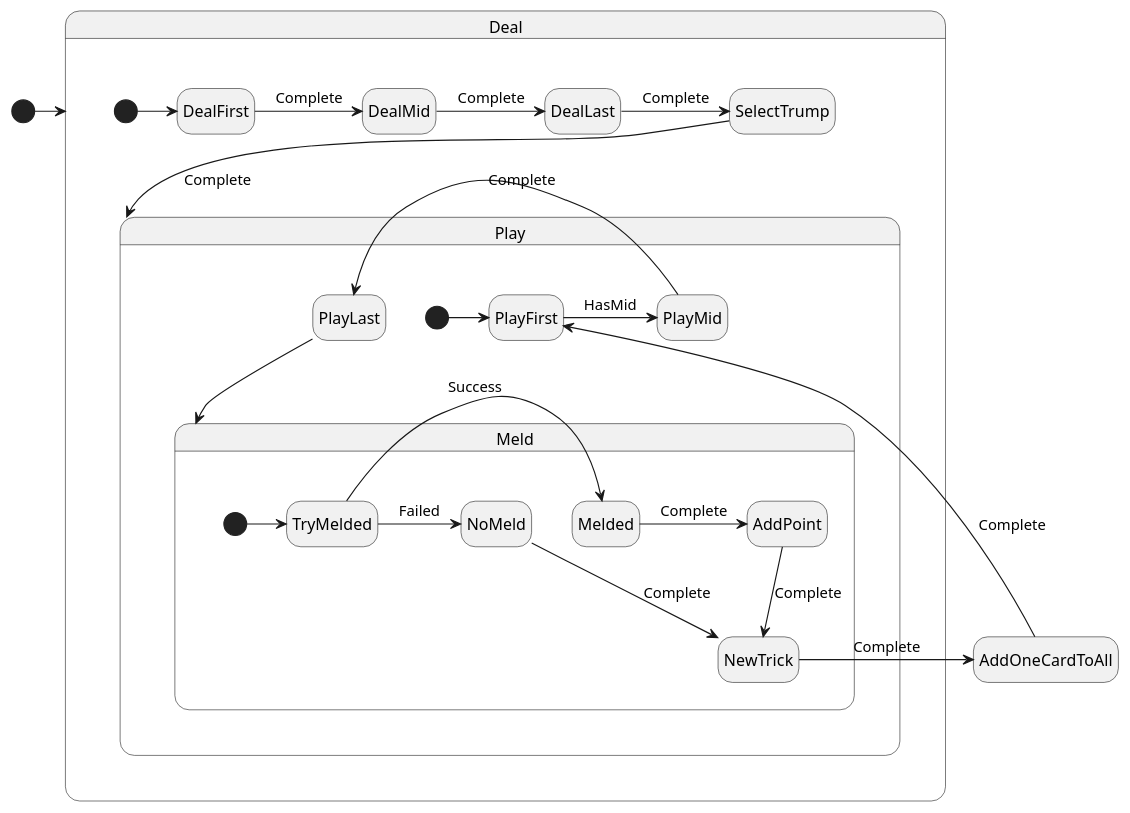
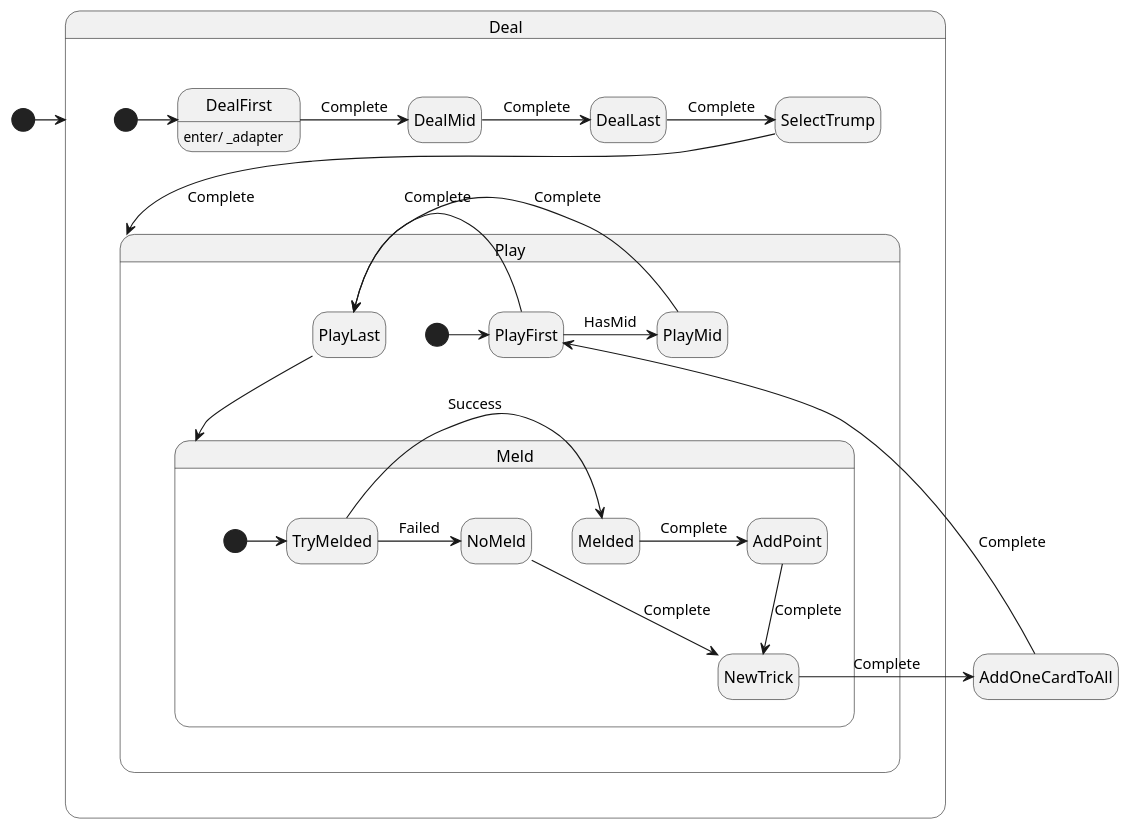
One commit to shefat2002/BeziqueCore changed the diagram in BeziqueCore/Bezique.puml. Above: the diagram before and after it, drawn with PlantUML.

```diff
--- a/BeziqueCore/Bezique.puml
+++ b/BeziqueCore/Bezique.puml
@@ -1,62 +1,63 @@
 @startuml
 
 /'! $CONFIG : toml
 SmRunnerSettings.transpilerId = "CSharp"
 
 [RenderConfig.CSharp]
 NameSpace =  "BeziqueCore;"
 '/
 
 hide empty description
 skinparam stateMessageAlignment center
 
 [*] -> Deal
 
 
 state Deal {
-    state DealFirst
+    state DealFirst : enter/ _adapter
     state DealMid
     state DealLast
 
     [*] -> DealFirst
-    DealFirst -> DealMid : Complete
+    DealFirst -> DealMid : Complete 
     DealMid -> DealLast : Complete
     DealLast -> SelectTrump : Complete 
     SelectTrump --> Play : Complete 
 }
 
 state Play {
     state PlayFirst
     state PlayMid
     state PlayLast
     
     [*] -> PlayFirst
     PlayFirst -> PlayMid : HasMid
     PlayMid -> PlayLast : Complete
+    PlayFirst -> PlayLast : Complete
     PlayLast --> Meld
 }
 
 state Meld{
     [*] -> TryMelded
     state Melded
     state NoMeld
     
     TryMelded -> Melded : Success
     TryMelded -> NoMeld : Failed
     
     Melded -> AddPoint : Complete
     NoMeld --> NewTrick : Complete
     
 }
 
 
 AddPoint --> NewTrick : Complete
 
 NewTrick -> AddOneCardToAll : Complete
 
 AddOneCardToAll --> PlayFirst : Complete
 
 
 
 
 @enduml
```
